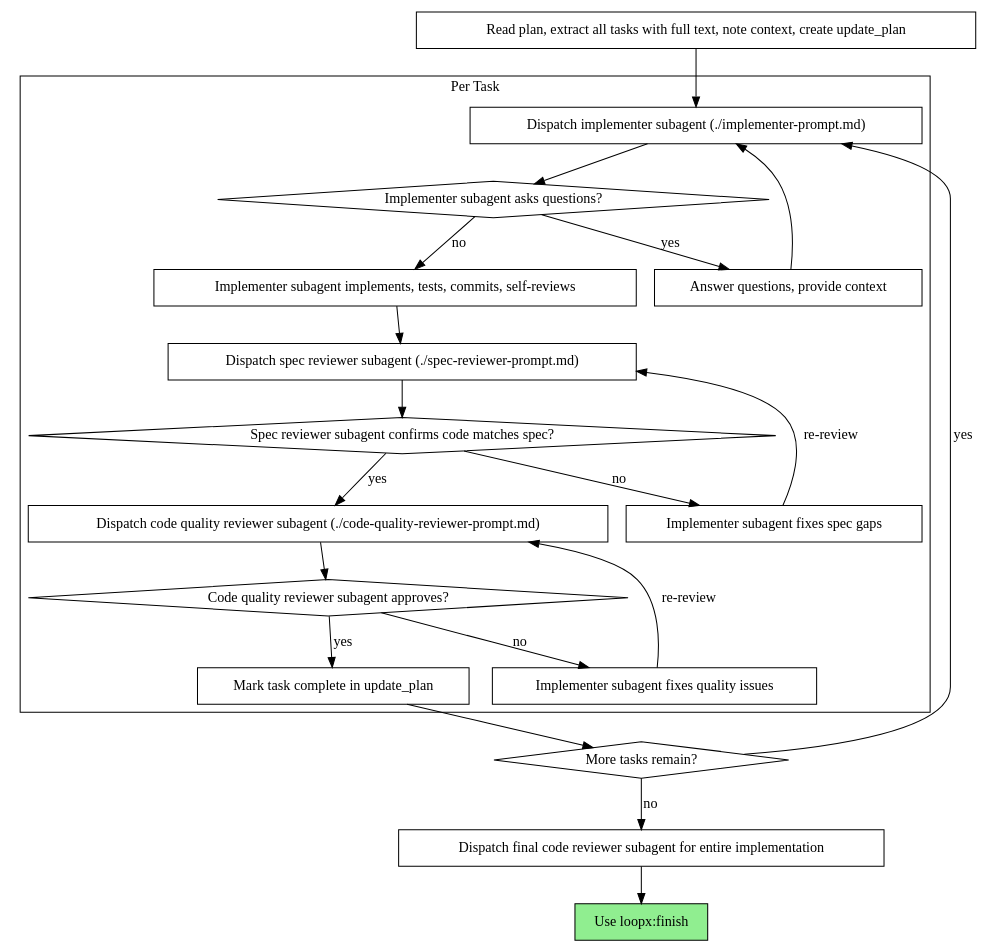
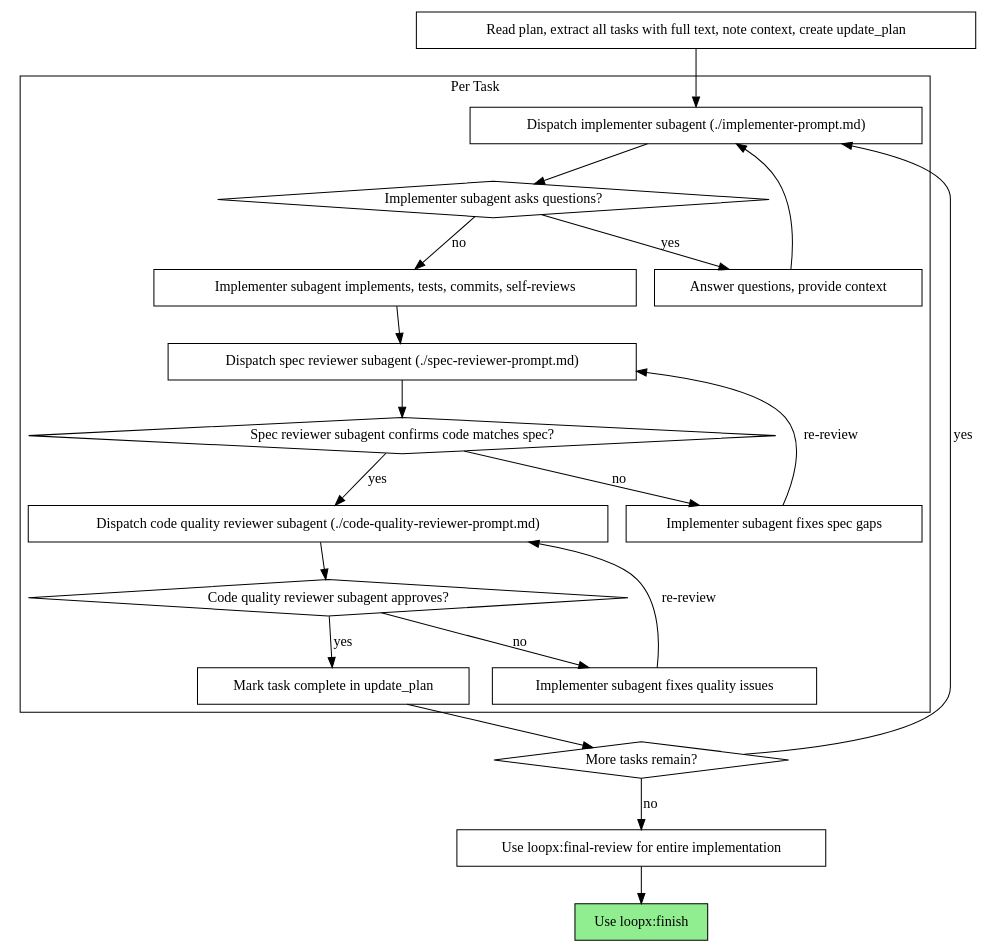
The second of 2 diagrams in skills/subagent-exec/SKILL.md (hugh-zhan9/loopx), drawn with Graphviz before and after one commit. The commit also changed other lines of this file and 37 other files, not shown here.

Commit message:
Add final review skill

````diff
--- a/skills/subagent-exec/SKILL.md
+++ b/skills/subagent-exec/SKILL.md
@@ -47,44 +47,44 @@
 ```dot
 digraph process {
     rankdir=TB;
 
     subgraph cluster_per_task {
         label="Per Task";
         "Dispatch implementer subagent (./implementer-prompt.md)" [shape=box];
         "Implementer subagent asks questions?" [shape=diamond];
         "Answer questions, provide context" [shape=box];
         "Implementer subagent implements, tests, commits, self-reviews" [shape=box];
         "Dispatch spec reviewer subagent (./spec-reviewer-prompt.md)" [shape=box];
         "Spec reviewer subagent confirms code matches spec?" [shape=diamond];
         "Implementer subagent fixes spec gaps" [shape=box];
         "Dispatch code quality reviewer subagent (./code-quality-reviewer-prompt.md)" [shape=box];
         "Code quality reviewer subagent approves?" [shape=diamond];
         "Implementer subagent fixes quality issues" [shape=box];
         "Mark task complete in update_plan" [shape=box];
     }
 
     "Read plan, extract all tasks with full text, note context, create update_plan" [shape=box];
     "More tasks remain?" [shape=diamond];
-    "Dispatch final code reviewer subagent for entire implementation" [shape=box];
+    "Use loopx:final-review for entire implementation" [shape=box];
     "Use loopx:finish" [shape=box style=filled fillcolor=lightgreen];
 
     "Read plan, extract all tasks with full text, note context, create update_plan" -> "Dispatch implementer subagent (./implementer-prompt.md)";
     "Dispatch implementer subagent (./implementer-prompt.md)" -> "Implementer subagent asks questions?";
     "Implementer subagent asks questions?" -> "Answer questions, provide context" [label="yes"];
     "Answer questions, provide context" -> "Dispatch implementer subagent (./implementer-prompt.md)";
     "Implementer subagent asks questions?" -> "Implementer subagent implements, tests, commits, self-reviews" [label="no"];
     "Implementer subagent implements, tests, commits, self-reviews" -> "Dispatch spec reviewer subagent (./spec-reviewer-prompt.md)";
     "Dispatch spec reviewer subagent (./spec-reviewer-prompt.md)" -> "Spec reviewer subagent confirms code matches spec?";
     "Spec reviewer subagent confirms code matches spec?" -> "Implementer subagent fixes spec gaps" [label="no"];
     "Implementer subagent fixes spec gaps" -> "Dispatch spec reviewer subagent (./spec-reviewer-prompt.md)" [label="re-review"];
     "Spec reviewer subagent confirms code matches spec?" -> "Dispatch code quality reviewer subagent (./code-quality-reviewer-prompt.md)" [label="yes"];
     "Dispatch code quality reviewer subagent (./code-quality-reviewer-prompt.md)" -> "Code quality reviewer subagent approves?";
     "Code quality reviewer subagent approves?" -> "Implementer subagent fixes quality issues" [label="no"];
     "Implementer subagent fixes quality issues" -> "Dispatch code quality reviewer subagent (./code-quality-reviewer-prompt.md)" [label="re-review"];
     "Code quality reviewer subagent approves?" -> "Mark task complete in update_plan" [label="yes"];
     "Mark task complete in update_plan" -> "More tasks remain?";
     "More tasks remain?" -> "Dispatch implementer subagent (./implementer-prompt.md)" [label="yes"];
-    "More tasks remain?" -> "Dispatch final code reviewer subagent for entire implementation" [label="no"];
-    "Dispatch final code reviewer subagent for entire implementation" -> "Use loopx:finish";
+    "More tasks remain?" -> "Use loopx:final-review for entire implementation" [label="no"];
+    "Use loopx:final-review for entire implementation" -> "Use loopx:finish";
 }
 ```
````
